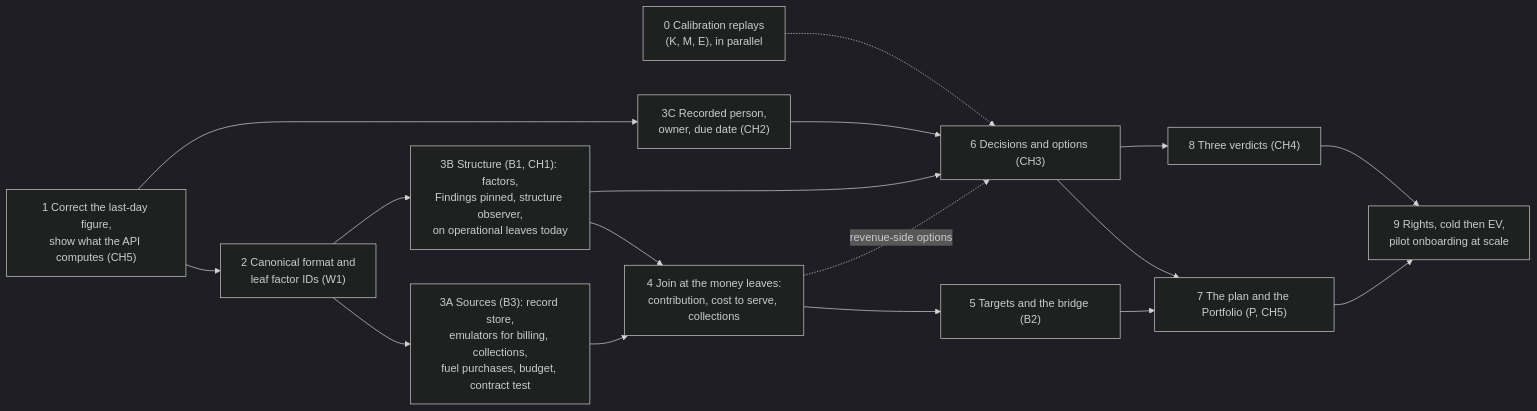
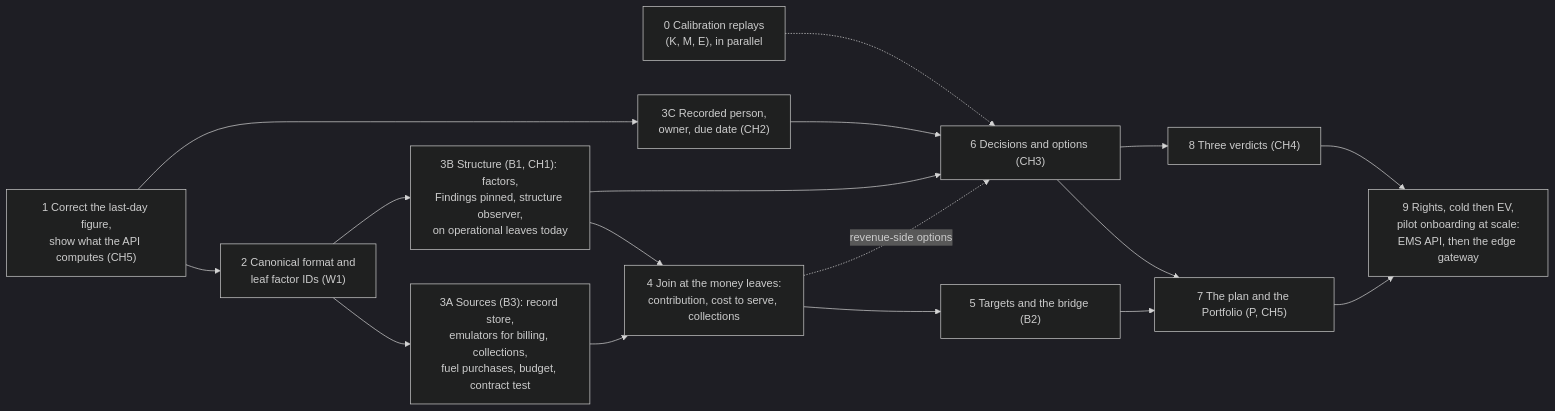
One commit to bineyame/AssetOpsV1 changed diagram 14 of 14 in Docs/demo-sprint/product-direction-layer4/layer4-transformation-design.md. Above: the diagram before and after it, drawn with Mermaid (dark theme). The commit also changed other lines of this file and 5 other files, not shown here.

````diff
--- a/Docs/demo-sprint/product-direction-layer4/layer4-transformation-design.md
+++ b/Docs/demo-sprint/product-direction-layer4/layer4-transformation-design.md
@@ -675,20 +765,20 @@
 ```mermaid
 flowchart LR
   S0["0 Calibration replays<br/>(K, M, E), in parallel"]
   S1["1 Correct the last-day figure,<br/>show what the API computes (CH5)"] --> S2["2 Canonical format and<br/>leaf factor IDs (W1)"]
   S2 --> LA["3A Sources (B3): record store,<br/>emulators for billing, collections,<br/>fuel purchases, budget, contract test"]
   S2 --> LB["3B Structure (B1, CH1): factors,<br/>Findings pinned, structure observer,<br/>on operational leaves today"]
   S1 --> PC["3C Recorded person,<br/>owner, due date (CH2)"]
   LA --> J["4 Join at the money leaves:<br/>contribution, cost to serve, collections"]
   LB --> J
   J --> T["5 Targets and the bridge (B2)"]
   LB --> D["6 Decisions and options (CH3)"]
   PC --> D
   J -. "revenue-side options" .-> D
   D --> P["7 The plan and the Portfolio (P, CH5)"]
   D --> V["8 Three verdicts (CH4)"]
   T --> P
-  P --> R["9 Rights, cold then EV,<br/>pilot onboarding at scale"]
+  P --> R["9 Rights, cold then EV,<br/>pilot onboarding at scale:<br/>EMS API, then the edge gateway"]
   V --> R
   S0 -.-> D
 ```
````
